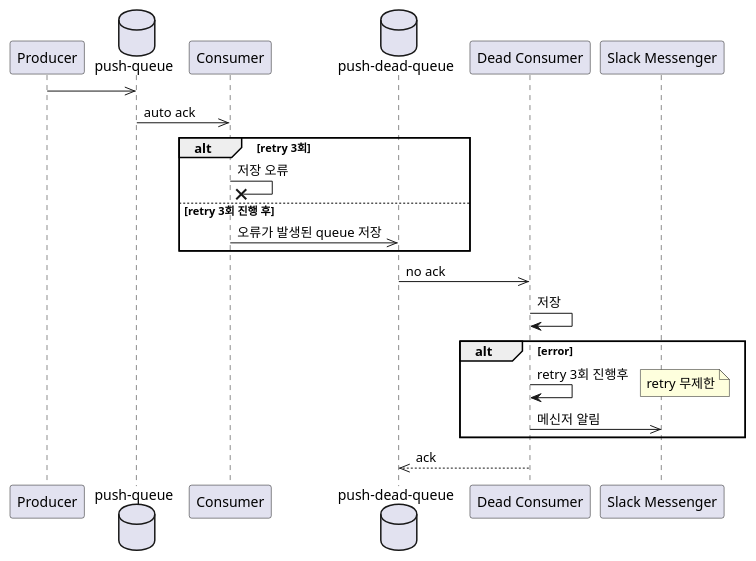
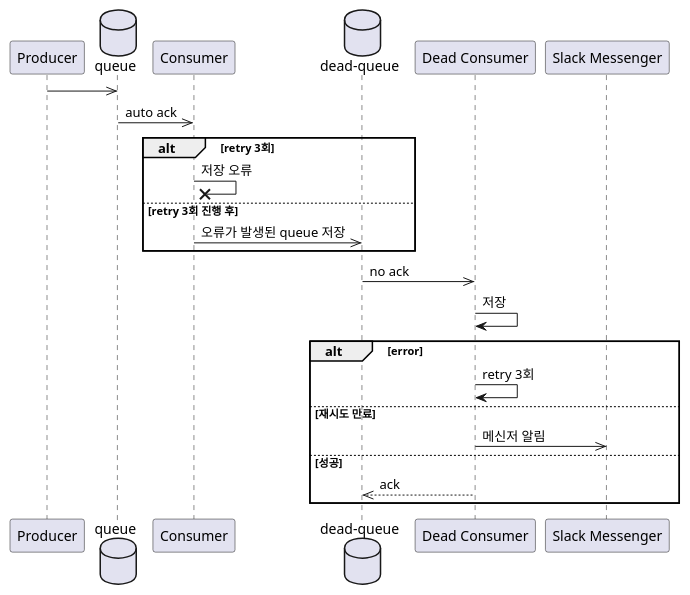
One commit to syakuis/spring-rabbitmq changed the diagram in docs/uml/workflow.puml. Above: the diagram before and after it, drawn with PlantUML. The commit also changed 8 other files, not shown here.

```diff
--- a/docs/uml/workflow.puml
+++ b/docs/uml/workflow.puml
@@ -1,26 +1,25 @@
 @startuml
 participant "Producer" as pub
-database "push-queue" as q1
+database "queue" as q1
 participant "Consumer" as sub
-database "push-dead-queue" as q2
+database "dead-queue" as q2
 participant "Dead Consumer" as sub2
 participant "Slack Messenger" as msg
 
 pub ->> q1
 q1 ->> sub: auto ack
 alt retry 3회
 sub -x sub: 저장 오류
 else retry 3회 진행 후
 sub ->> q2: 오류가 발생된 queue 저장
 end alt
 q2 ->> sub2: no ack
 sub2 -> sub2: 저장
 alt error
-sub2 -> sub2: retry 3회 진행후
-note right
-retry 무제한
-end note
+sub2 -> sub2: retry 3회
+else 재시도 만료
 sub2 ->> msg: 메신저 알림
+else 성공
+q2 <<-- sub2: ack
 end alt
-q2 <<-- sub2: ack
 @enduml
```
